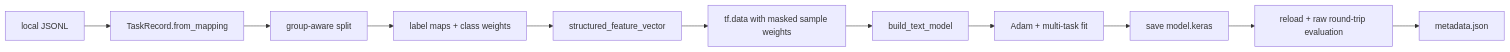
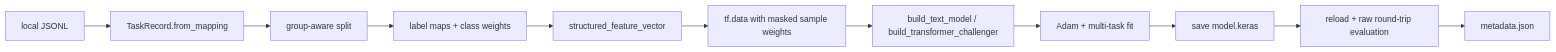
One commit to TheRealMilesLee/PromptClassifier changed the fourth of 4 diagrams in docs/DESIGN.md. Above: the diagram before and after it, drawn with Mermaid. The commit also changed other lines of this file and 6 other files, not shown here.

Commit message:
feat: add transformer challenger architecture

````diff
--- a/docs/DESIGN.md
+++ b/docs/DESIGN.md
@@ -1487,13 +1535,13 @@
 ```mermaid
 flowchart LR
     A["local JSONL"] --> B["TaskRecord.from_mapping"]
     B --> C["group-aware split"]
     C --> D["label maps + class weights"]
     D --> E["structured_feature_vector"]
     E --> F["tf.data with masked sample weights"]
-    F --> G["build_text_model"]
+    F --> G["build_text_model / build_transformer_challenger"]
     G --> H["Adam + multi-task fit"]
     H --> I["save model.keras"]
     I --> J["reload + raw round-trip evaluation"]
     J --> K["metadata.json"]
 ```
````
